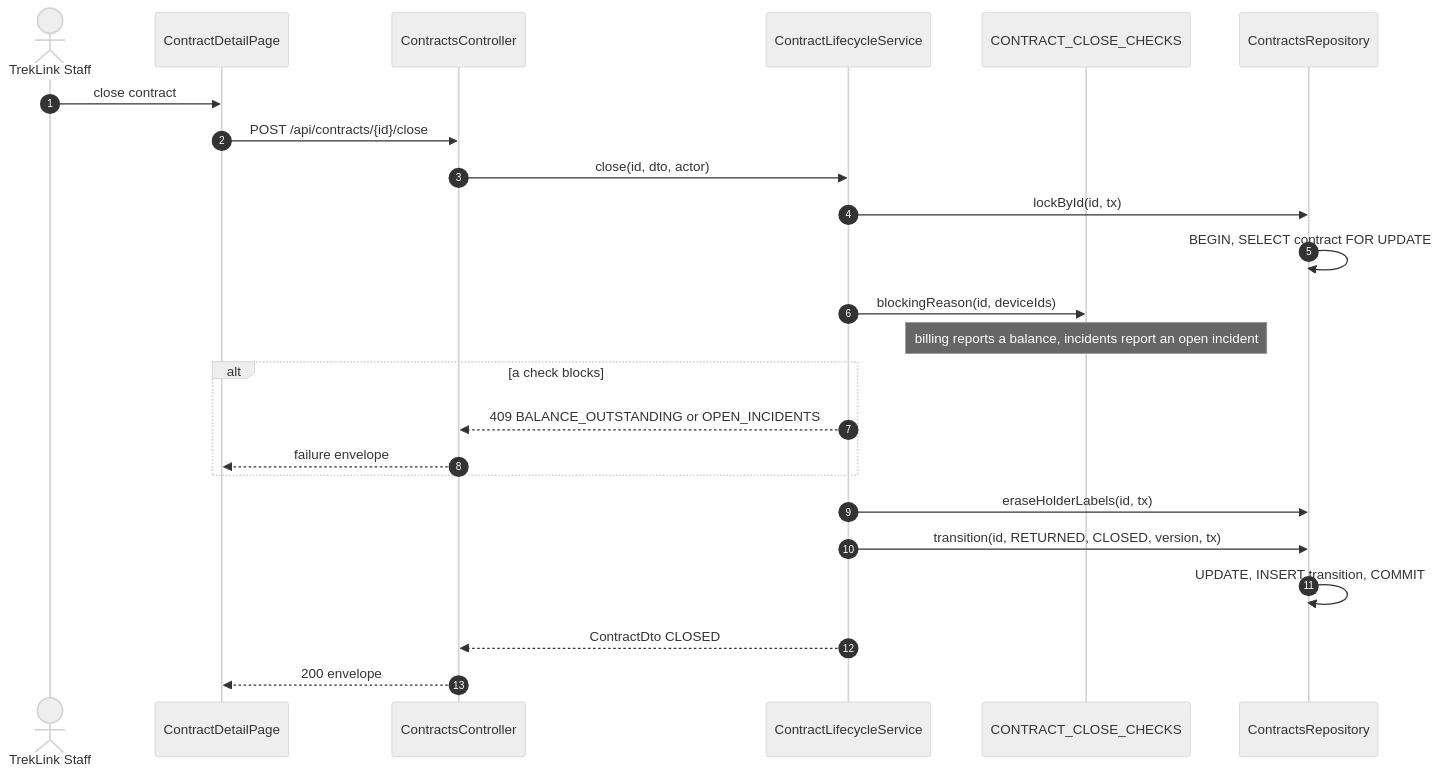
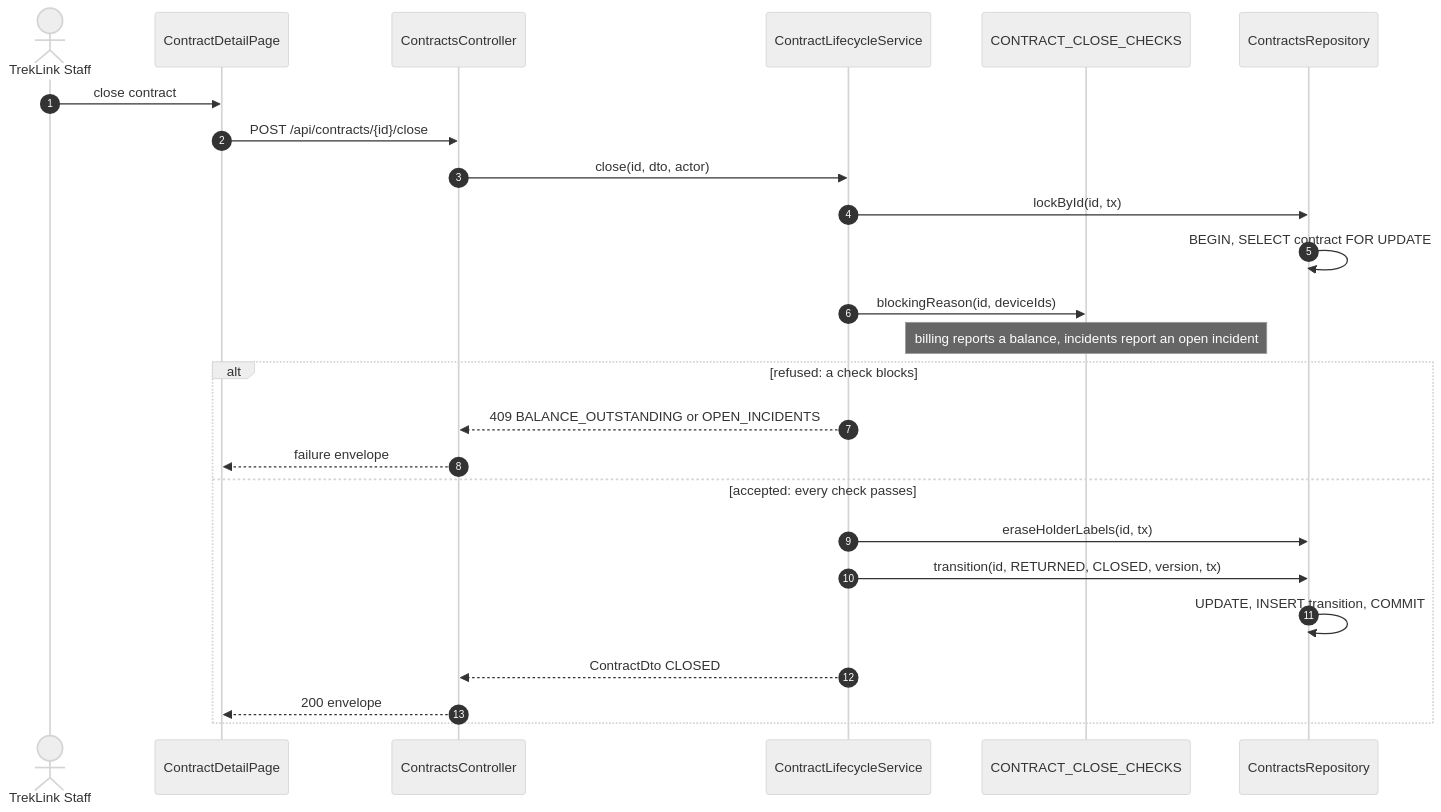
The tenth of 11 diagrams in specs/rentals/design.md (TrekLink-Team/treklink-web), drawn with Mermaid (neutral theme) before and after one commit. The commit also changed other lines of this file and 39 other files, not shown here.

First line of the commit message:
docs: design periodic maintenance (D-047) and apply the SDD sequence conventions

````diff
--- a/specs/rentals/design.md
+++ b/specs/rentals/design.md
@@ -429,26 +433,27 @@
 ```mermaid
 sequenceDiagram
     autonumber
     actor St as TrekLink Staff
     participant P as ContractDetailPage
     participant C as ContractsController
     participant L as ContractLifecycleService
     participant K as CONTRACT_CLOSE_CHECKS
     participant R as ContractsRepository
     St->>P: close contract
     P->>C: POST /api/contracts/{id}/close
     C->>L: close(id, dto, actor)
     L->>R: lockById(id, tx)
     R->>R: BEGIN, SELECT contract FOR UPDATE
     L->>K: blockingReason(id, deviceIds)
     Note over K: billing reports a balance, incidents report an open incident
-    alt a check blocks
+    alt refused: a check blocks
         L-->>C: 409 BALANCE_OUTSTANDING or OPEN_INCIDENTS
         C-->>P: failure envelope
+    else accepted: every check passes
+        L->>R: eraseHolderLabels(id, tx)
+        L->>R: transition(id, RETURNED, CLOSED, version, tx)
+        R->>R: UPDATE, INSERT transition, COMMIT
+        L-->>C: ContractDto CLOSED
+        C-->>P: 200 envelope
     end
-    L->>R: eraseHolderLabels(id, tx)
-    L->>R: transition(id, RETURNED, CLOSED, version, tx)
-    R->>R: UPDATE, INSERT transition, COMMIT
-    L-->>C: ContractDto CLOSED
-    C-->>P: 200 envelope
 ```
````
